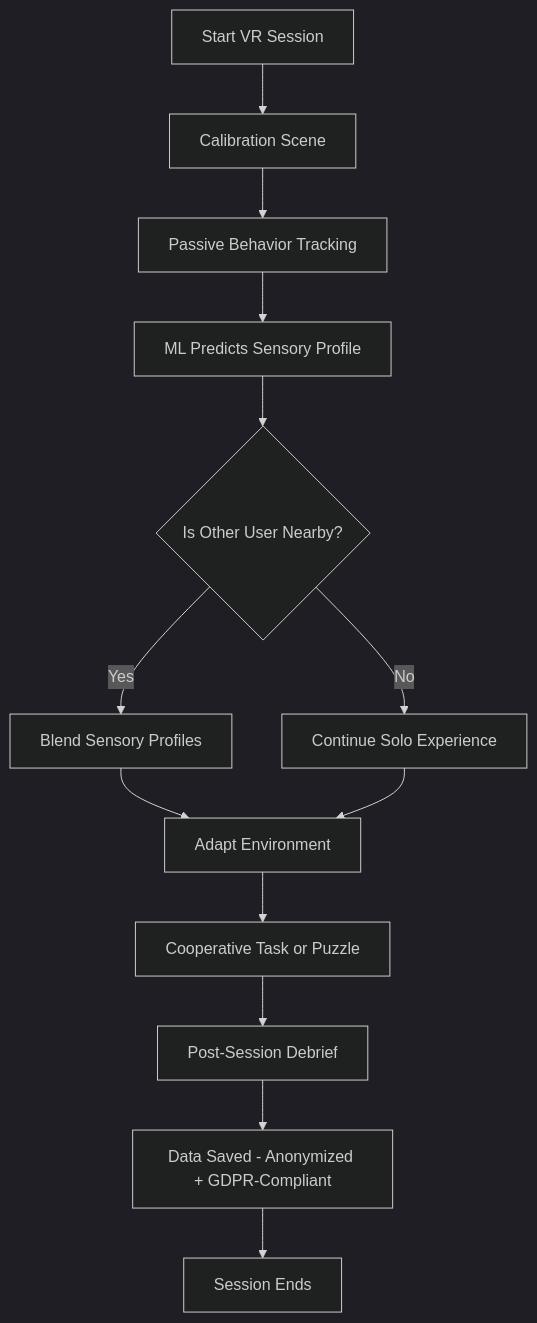
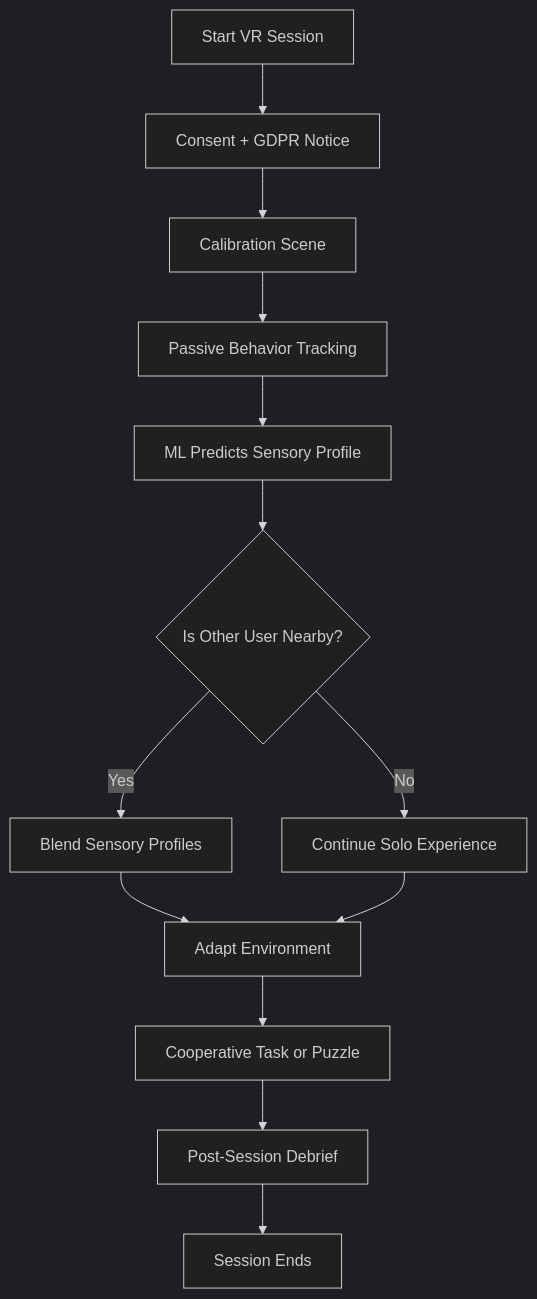
One commit to ZippyGorilla/NeuroverseG2 changed the diagram in README.md. Above: the diagram before and after it, drawn with Mermaid (dark theme). The commit also changed other lines of this file, not shown here.

````diff
--- a/README.md
+++ b/README.md
@@ -38,15 +16,15 @@
 ```mermaid
 flowchart TD
-    A[Start VR Session] --> B[Calibration Scene]
-    B --> C[Passive Behavior Tracking]
-    C --> D[ML Predicts Sensory Profile]
-    D --> E{Is Other User Nearby?}
-    E -- Yes --> F[Blend Sensory Profiles]
-    E -- No --> G[Continue Solo Experience]
-    F --> H[Adapt Environment]
-    G --> H
-    H --> I[Cooperative Task or Puzzle]
-    I --> J[Post-Session Debrief]
-    J --> K[Data Saved - Anonymized + GDPR-Compliant]
+    A[Start VR Session] --> B[Consent + GDPR Notice]
+    B --> C[Calibration Scene]
+    C --> D[Passive Behavior Tracking]
+    D --> E[ML Predicts Sensory Profile]
+    E --> F{Is Other User Nearby?}
+    F -- Yes --> G[Blend Sensory Profiles]
+    F -- No --> H[Continue Solo Experience]
+    G --> I[Adapt Environment]
+    H --> I
+    I --> J[Cooperative Task or Puzzle]
+    J --> K[Post-Session Debrief]
     K --> L[Session Ends]
 ```
````
